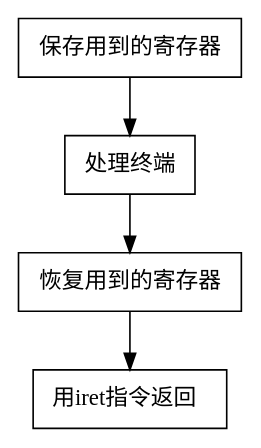
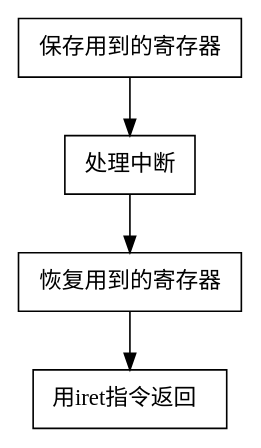
Before and after one commit to gao-lex/AssemblyLanguageNotebook: the diagram in 12/image/中断程序的编写步骤.dot, drawn with Graphviz. The commit also changed 3 other files, not shown here.

Commit message:
更正图片bug&调整12/readme结构&doing 13

```diff
--- a/12/image/中断程序的编写步骤.dot
+++ b/12/image/中断程序的编写步骤.dot
@@ -1,8 +1,8 @@
 digraph G{
     rankdir = "TB"
     a [label=" 保存用到的寄存器 ",shape="box",fontname="Microsoft Yahei"];
-    b [label=" 处理终端 ",shape="box",fontname="Microsoft Yahei"];
+    b [label=" 处理中断 ",shape="box",fontname="Microsoft Yahei"];
     c [label=" 恢复用到的寄存器 ",shape="box",fontname="Microsoft Yahei"];
     d [label=" 用iret指令返回  ",shape="box",fontname="Microsoft Yahei"];
     a -> b -> c -> d ;
 }
```
